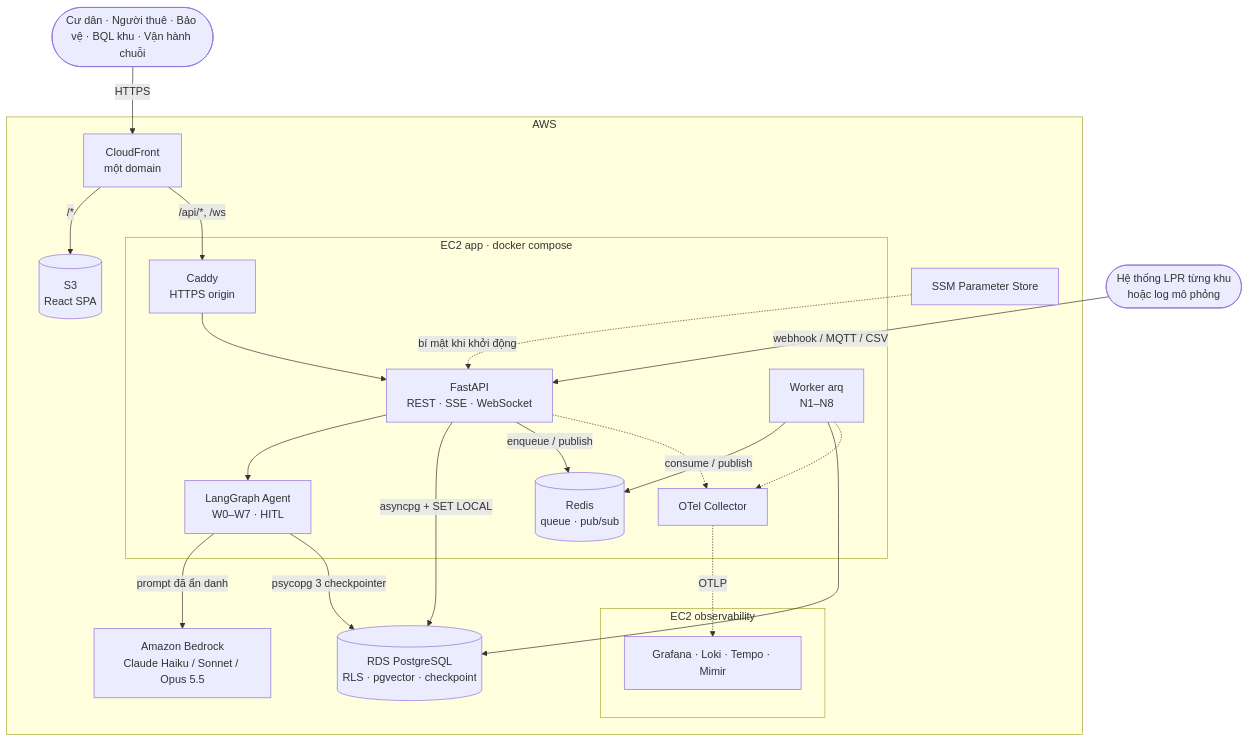
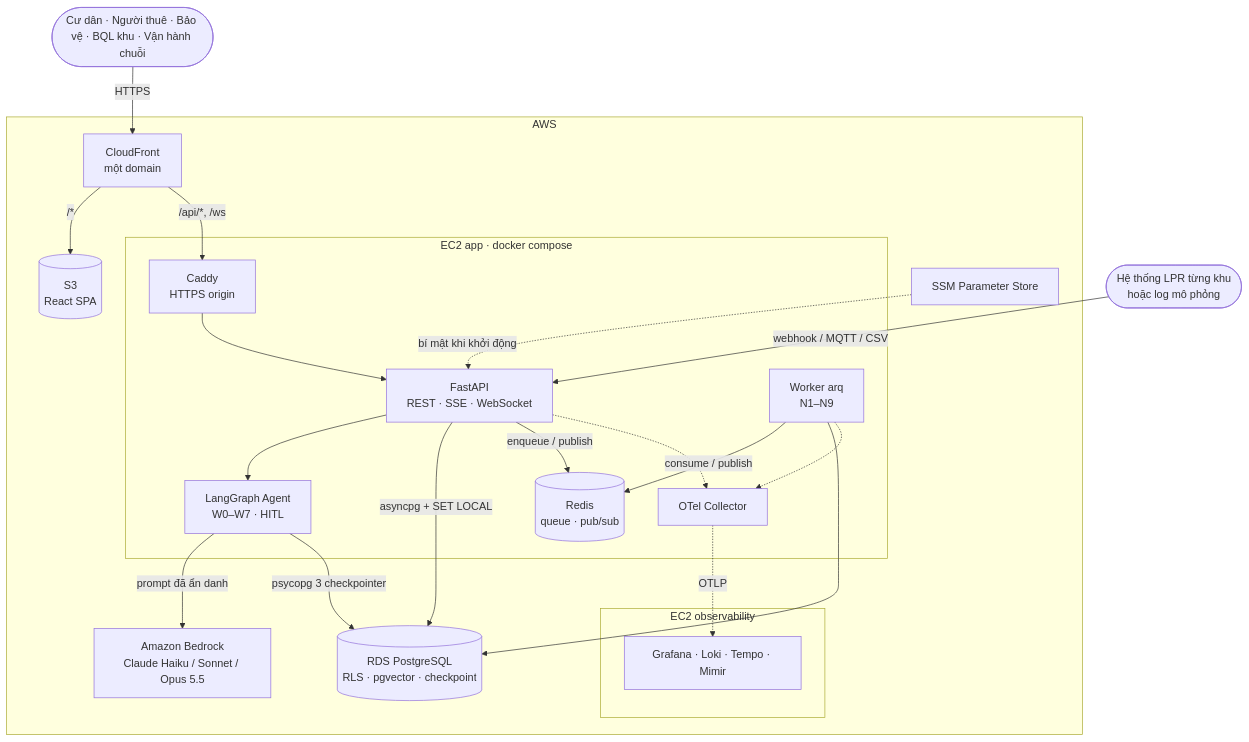
The first of 2 diagrams in docs/02-architecture/01-architecture-diagram.md (leewinie2104-lang/AITC-t-142), drawn with Mermaid before and after one commit. The commit also changed other lines of this file and 17 other files, not shown here.

````diff
--- a/docs/02-architecture/01-architecture-diagram.md
+++ b/docs/02-architecture/01-architecture-diagram.md
@@ -12,44 +12,44 @@
 ```mermaid
 flowchart TB
     U([Cư dân · Người thuê · Bảo vệ · BQL khu · Vận hành chuỗi])
     LPR([Hệ thống LPR từng khu<br/>hoặc log mô phỏng])
 
     subgraph AWS["AWS"]
         CF[CloudFront<br/>một domain]
         S3[(S3<br/>React SPA)]
 
         subgraph APP["EC2 app · docker compose"]
             CADDY[Caddy<br/>HTTPS origin]
             API[FastAPI<br/>REST · SSE · WebSocket]
             AG[LangGraph Agent<br/>W0–W7 · HITL]
-            WK[Worker arq<br/>N1–N8]
+            WK[Worker arq<br/>N1–N9]
             RD[(Redis<br/>queue · pub/sub)]
             OC[OTel Collector]
         end
 
         RDS[(RDS PostgreSQL<br/>RLS · pgvector · checkpoint)]
         BR[Amazon Bedrock<br/>Claude Haiku / Sonnet / Opus 5.5]
         SSM[SSM Parameter Store]
 
         subgraph OBS["EC2 observability"]
             LGTM[Grafana · Loki · Tempo · Mimir]
         end
     end
 
     U -->|HTTPS| CF
     CF -->|"/*"| S3
     CF -->|"/api/*, /ws"| CADDY
     CADDY --> API
     API --> AG
     AG -->|prompt đã ẩn danh| BR
     API -->|asyncpg + SET LOCAL| RDS
     AG -->|psycopg 3 checkpointer| RDS
     API -->|enqueue / publish| RD
     WK -->|consume / publish| RD
     WK --> RDS
     LPR -->|webhook / MQTT / CSV| API
     SSM -.->|bí mật khi khởi động| API
     API -.-> OC
     WK -.-> OC
     OC -.->|OTLP| LGTM
 ```
````
